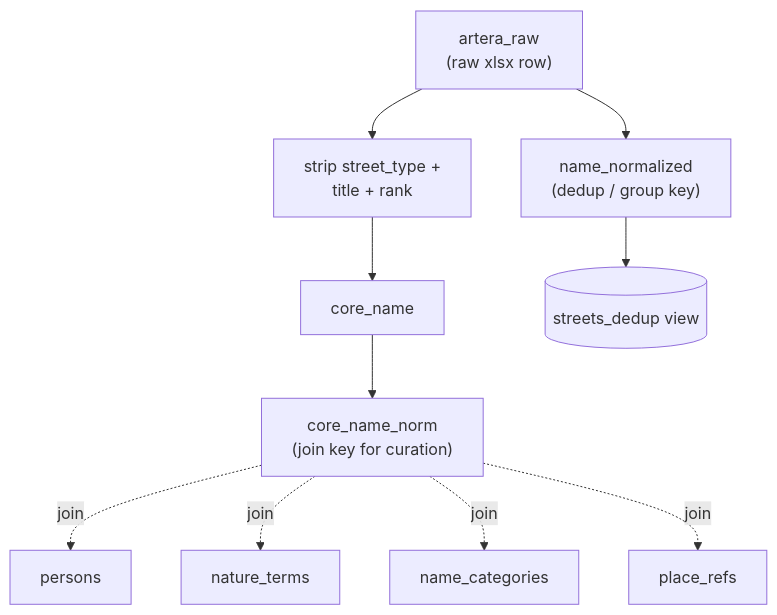
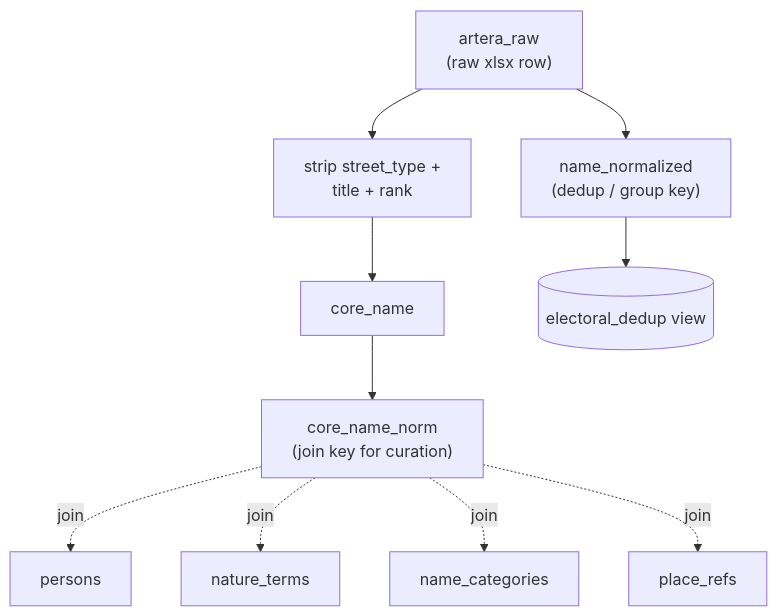
One commit to gov2-ro/nume-strazi changed the second of 5 diagrams in README.md. Above: the diagram before and after it, drawn with Mermaid. The commit also changed other lines of this file and 53 other files, not shown here.

````diff
--- a/README.md
+++ b/README.md
@@ -81,20 +85,20 @@
 ```mermaid
 flowchart TB
     RAW["artera_raw<br/>(raw xlsx row)"]
     STRIP["strip street_type +<br/>title + rank"]
     CORE[core_name]
     NK["core_name_norm<br/>(join key for curation)"]
     NN["name_normalized<br/>(dedup / group key)"]
-    DV[(streets_dedup view)]
+    DV[(electoral_dedup view)]
     P[persons]
     NT[nature_terms]
     NC[name_categories]
     PR[place_refs]
 
     RAW --> STRIP --> CORE --> NK
     RAW --> NN --> DV
     NK -. join .-> P
     NK -. join .-> NT
     NK -. join .-> NC
     NK -. join .-> PR
 ```
````
